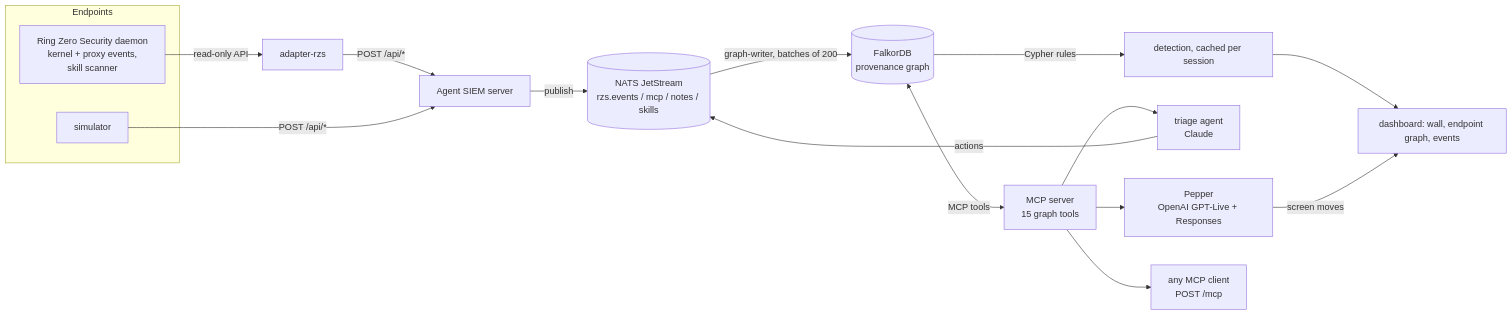
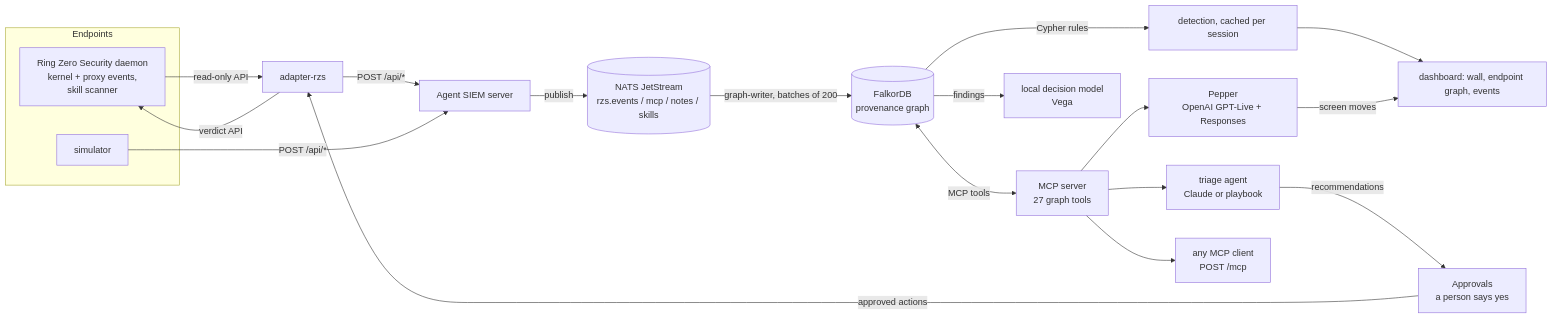
One commit to ringzerosec/agent-siem changed the first of 2 diagrams in README.md. Above: the diagram before and after it, drawn with Mermaid. The commit also changed other lines of this file and 7 other files, not shown here.

First line of the commit message:
README: map of the graph, where decisions come from, current features

````diff
--- a/README.md
+++ b/README.md
@@ -33,20 +33,23 @@
 ```mermaid
 flowchart LR
   subgraph Endpoints
     D1[Ring Zero Security daemon<br/>kernel + proxy events,<br/>skill scanner]
     SIM[simulator]
   end
   D1 -- read-only API --> AD[adapter-rzs]
   AD -- POST /api/* --> API
   SIM -- POST /api/* --> API
   API[Agent SIEM server] -- publish --> NATS[(NATS JetStream<br/>rzs.events / mcp / notes / skills)]
   NATS -- graph-writer, batches of 200 --> FK[(FalkorDB<br/>provenance graph)]
   FK -- Cypher rules --> DET[detection, cached per session]
   DET --> UI[dashboard: wall, endpoint graph, events]
-  FK <-- MCP tools --> MCP[MCP server<br/>15 graph tools]
-  MCP --> TRI[triage agent<br/>Claude]
+  FK <-- MCP tools --> MCP[MCP server<br/>27 graph tools]
+  MCP --> TRI[triage agent<br/>Claude or playbook]
   MCP --> PEP[Pepper<br/>OpenAI GPT-Live + Responses]
   MCP --> EXT[any MCP client<br/>POST /mcp]
-  TRI -- actions --> NATS
+  FK -- findings --> BR[local decision model<br/>Vega]
+  TRI -- recommendations --> APR[Approvals<br/>a person says yes]
+  APR -- approved actions --> AD
+  AD -- verdict API --> D1
   PEP -- screen moves --> UI
 ```
````
